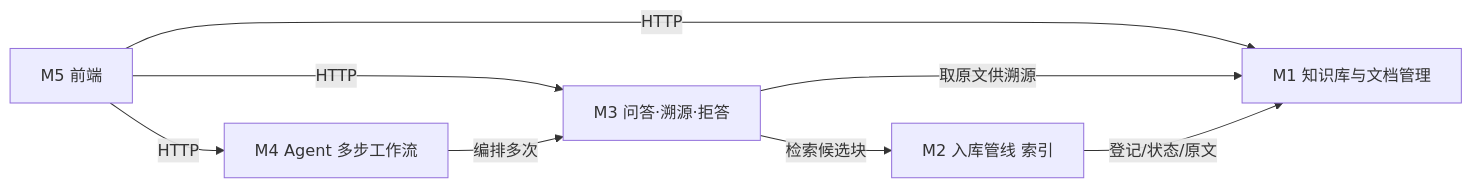
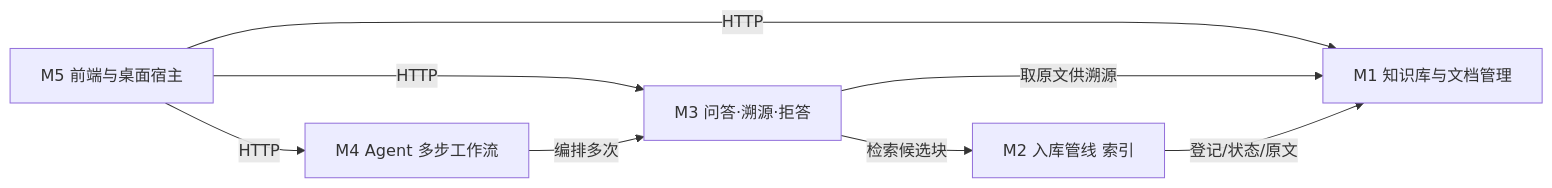
One commit to One-29/personal-knowledge-base changed the first of 2 diagrams in docs/design/02-modules.md. Above: the diagram before and after it, drawn with Mermaid. The commit also changed other lines of this file and 17 other files, not shown here.

````diff
--- a/docs/design/02-modules.md
+++ b/docs/design/02-modules.md
@@ -37,10 +37,10 @@
 ```mermaid
 flowchart LR
-    M5[M5 前端] -->|HTTP| M1[M1 知识库与文档管理]
+    M5[M5 前端与桌面宿主] -->|HTTP| M1[M1 知识库与文档管理]
     M5 -->|HTTP| M3[M3 问答·溯源·拒答]
     M5 -->|HTTP| M4[M4 Agent 多步工作流]
     M4 -->|编排多次| M3
     M3 -->|检索候选块| M2[M2 入库管线 索引]
     M3 -->|取原文供溯源| M1
     M2 -->|登记/状态/原文| M1
 ```
````
